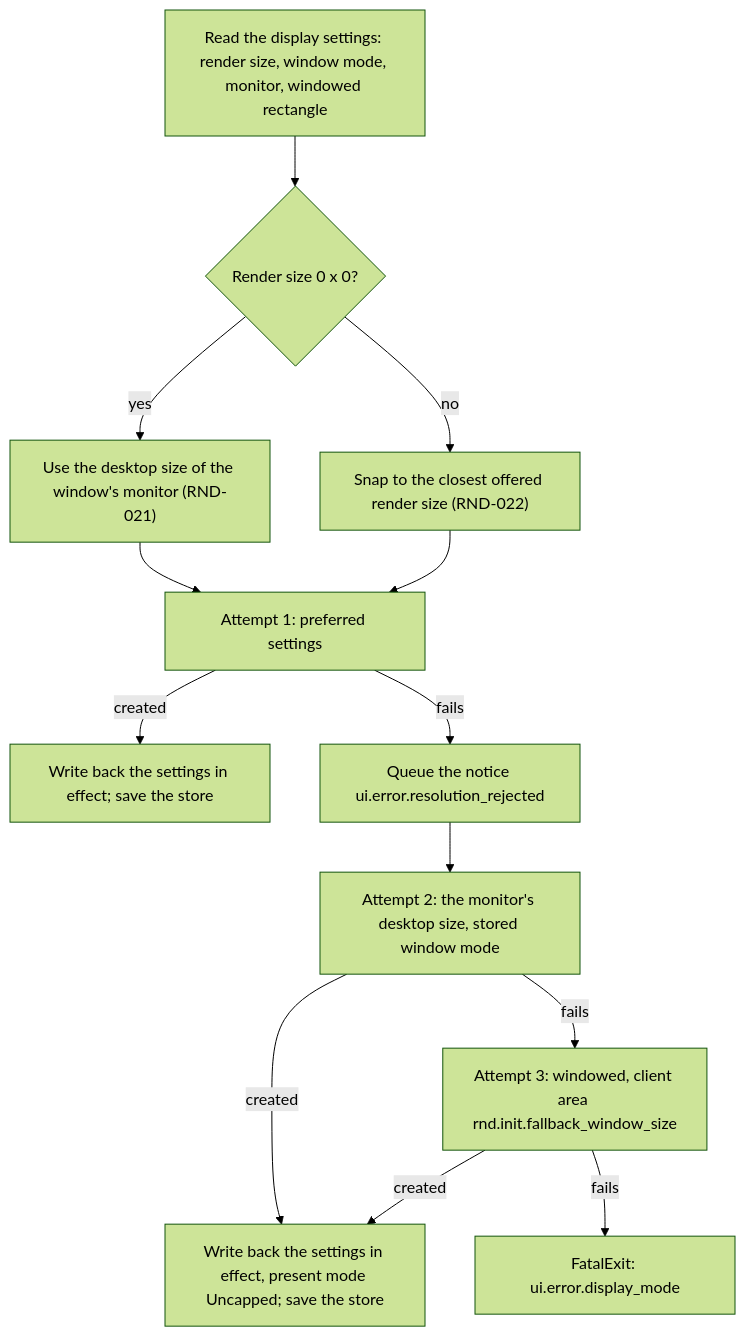
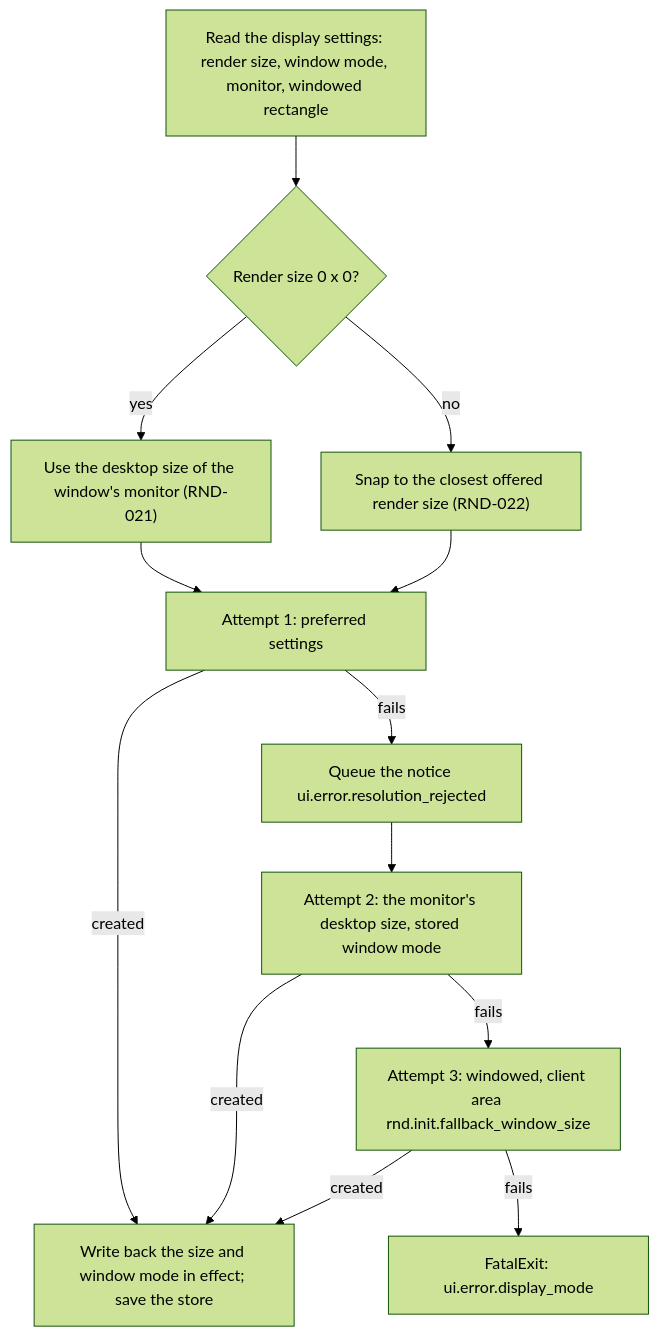
The fourth of 5 diagrams in design_next/architecture/components/platform_layer.md (Zwaliebaba/Species.AI), drawn with Mermaid (forest theme) before and after one commit. The commit also changed other lines of this file and 53 other files, not shown here.

````diff
--- a/design_next/architecture/components/platform_layer.md
+++ b/design_next/architecture/components/platform_layer.md
@@ -919,15 +1023,15 @@
 ```mermaid
 flowchart TD
   R["Read the display settings: render size, window mode, monitor, windowed rectangle"] --> Z{"Render size 0 x 0?"}
   Z -- yes --> D["Use the desktop size of the window's monitor (RND-021)"]
   Z -- no --> S["Snap to the closest offered render size (RND-022)"]
   D --> A1["Attempt 1: preferred settings"]
   S --> A1
-  A1 -- created --> W["Write back the settings in effect; save the store"]
+  A1 -- created --> W["Write back the size and window mode in effect; save the store"]
   A1 -- fails --> N["Queue the notice ui.error.resolution_rejected"]
   N --> A2["Attempt 2: the monitor's desktop size, stored window mode"]
-  A2 -- created --> F["Write back the settings in effect, present mode Uncapped; save the store"]
+  A2 -- created --> W
   A2 -- fails --> A3["Attempt 3: windowed, client area rnd.init.fallback_window_size"]
-  A3 -- created --> F
+  A3 -- created --> W
   A3 -- fails --> X["FatalExit: ui.error.display_mode"]
 ```
````
